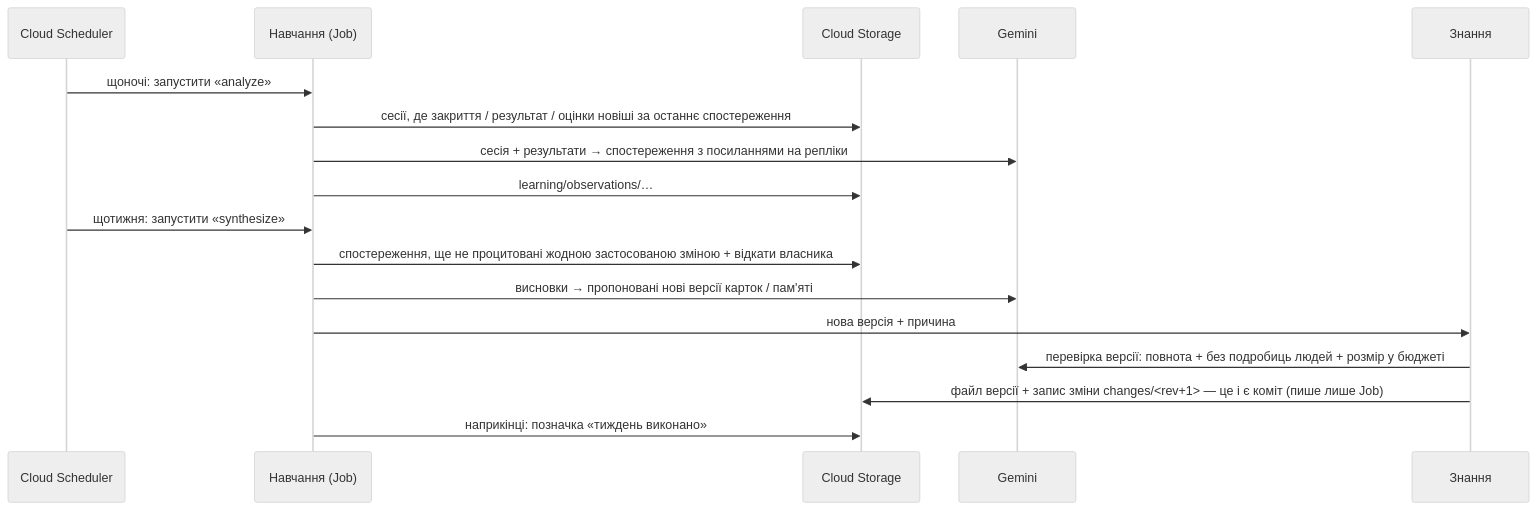
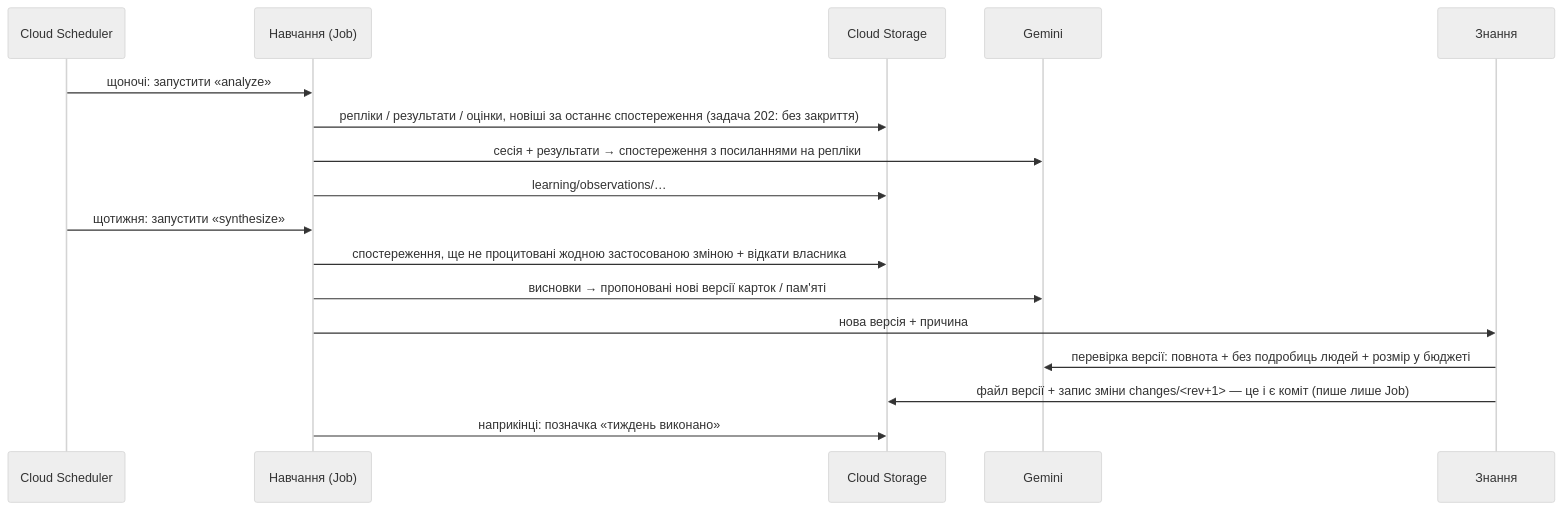
One commit to Tolkoton/thinkhow changed the third of 4 diagrams in .engine/architecture/architecture-map.md. Above: the diagram before and after it, drawn with Mermaid (neutral theme). The commit also changed other lines of this file and 43 other files, not shown here.

````diff
--- a/.engine/architecture/architecture-map.md
+++ b/.engine/architecture/architecture-map.md
@@ -119,19 +119,19 @@
 ```mermaid
 sequenceDiagram
     participant C as Cloud Scheduler
     participant L as Навчання (Job)
     participant S as Cloud Storage
     participant G as Gemini
     participant K as Знання
     C->>L: щоночі: запустити «analyze»
-    L->>S: сесії, де закриття / результат / оцінки новіші за останнє спостереження
+    L->>S: репліки / результати / оцінки, новіші за останнє спостереження (задача 202: без закриття)
     L->>G: сесія + результати → спостереження з посиланнями на репліки
     L->>S: learning/observations/…
     C->>L: щотижня: запустити «synthesize»
     L->>S: спостереження, ще не процитовані жодною застосованою зміною + відкати власника
     L->>G: висновки → пропоновані нові версії карток / пам'яті
     L->>K: нова версія + причина
     K->>G: перевірка версії: повнота + без подробиць людей + розмір у бюджеті
     K->>S: файл версії + запис зміни changes/<rev+1> — це і є коміт (пише лише Job)
     L->>S: наприкінці: позначка «тиждень виконано»
 ```
````
